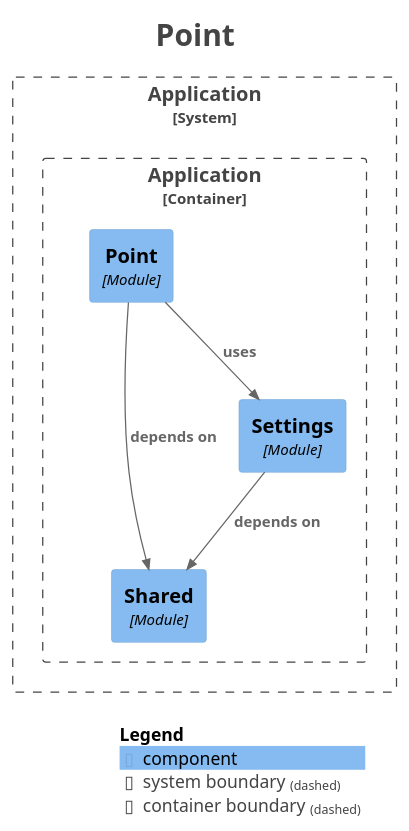
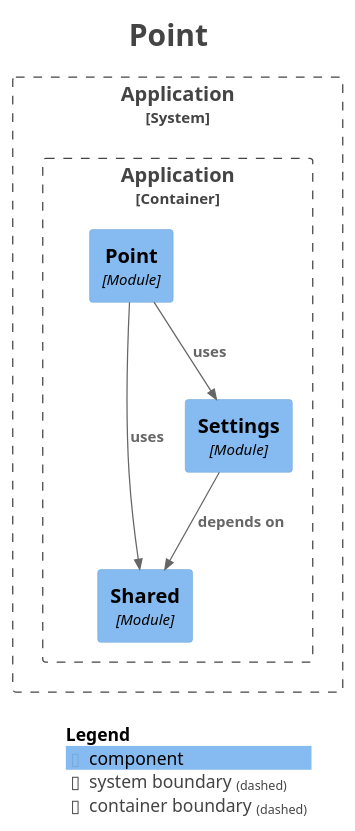
One commit to kanghouchao/Kizuna changed the diagram in backend/docs/modulith/module-point.puml. Above: the diagram before and after it, drawn with PlantUML. The commit also changed 28 other files, not shown here.

```diff
--- a/backend/docs/modulith/module-point.puml
+++ b/backend/docs/modulith/module-point.puml
@@ -1,33 +1,33 @@
 @startuml
 title <size:24>Point</size>
 
 set separator none
 top to bottom direction
 
 <style>
   root {
     BackgroundColor: #ffffff
     FontColor: #444444
   }
 </style>
 
 !include <C4/C4>
 !include <C4/C4_Context>
 !include <C4/C4_Component>
 
 System_Boundary("Application_boundary", "Application", $tags="") {
   Container_Boundary("Application.Application_boundary", "Application", $tags="") {
     Component(Application.Application.Point, "Point", $techn="Module", $descr="", $tags="", $link="")
     Component(Application.Application.Shared, "Shared", $techn="Module", $descr="", $tags="", $link="")
     Component(Application.Application.Settings, "Settings", $techn="Module", $descr="", $tags="", $link="")
   }
 
 }
 
-Rel(Application.Application.Point, Application.Application.Shared, "depends on", $techn="", $tags="", $link="")
+Rel(Application.Application.Settings, Application.Application.Shared, "depends on", $techn="", $tags="", $link="")
 Rel(Application.Application.Point, Application.Application.Settings, "uses", $techn="", $tags="", $link="")
-Rel(Application.Application.Settings, Application.Application.Shared, "depends on", $techn="", $tags="", $link="")
+Rel(Application.Application.Point, Application.Application.Shared, "uses", $techn="", $tags="", $link="")
 
 SHOW_LEGEND(true)
 hide stereotypes
 @enduml
```
